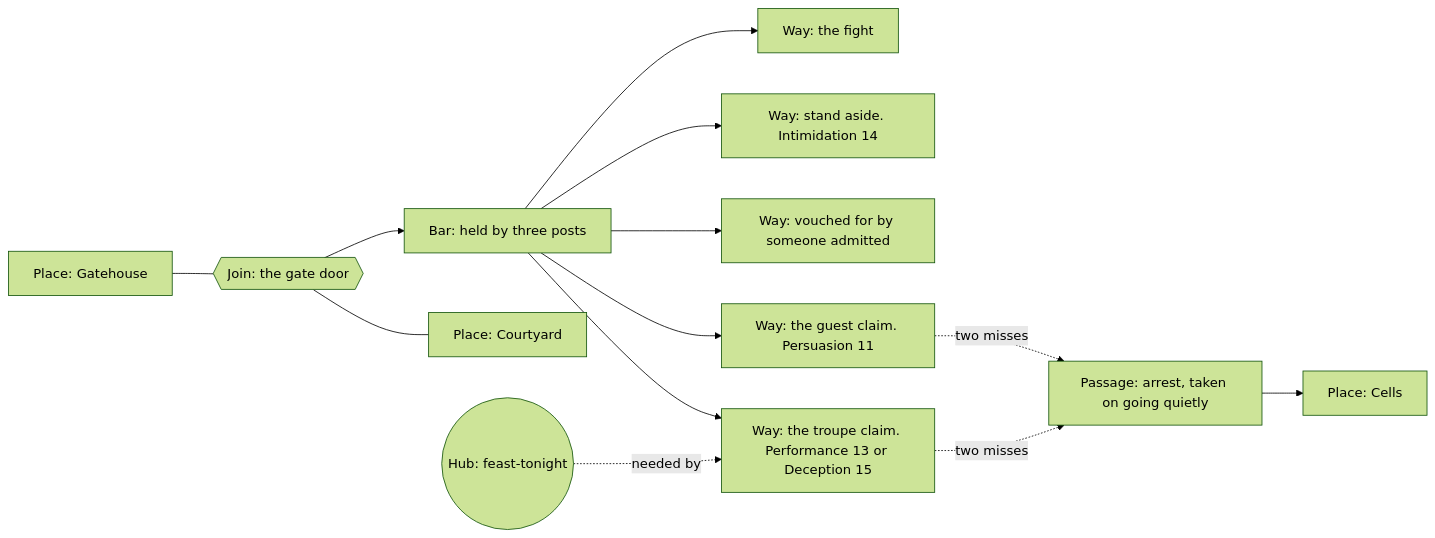
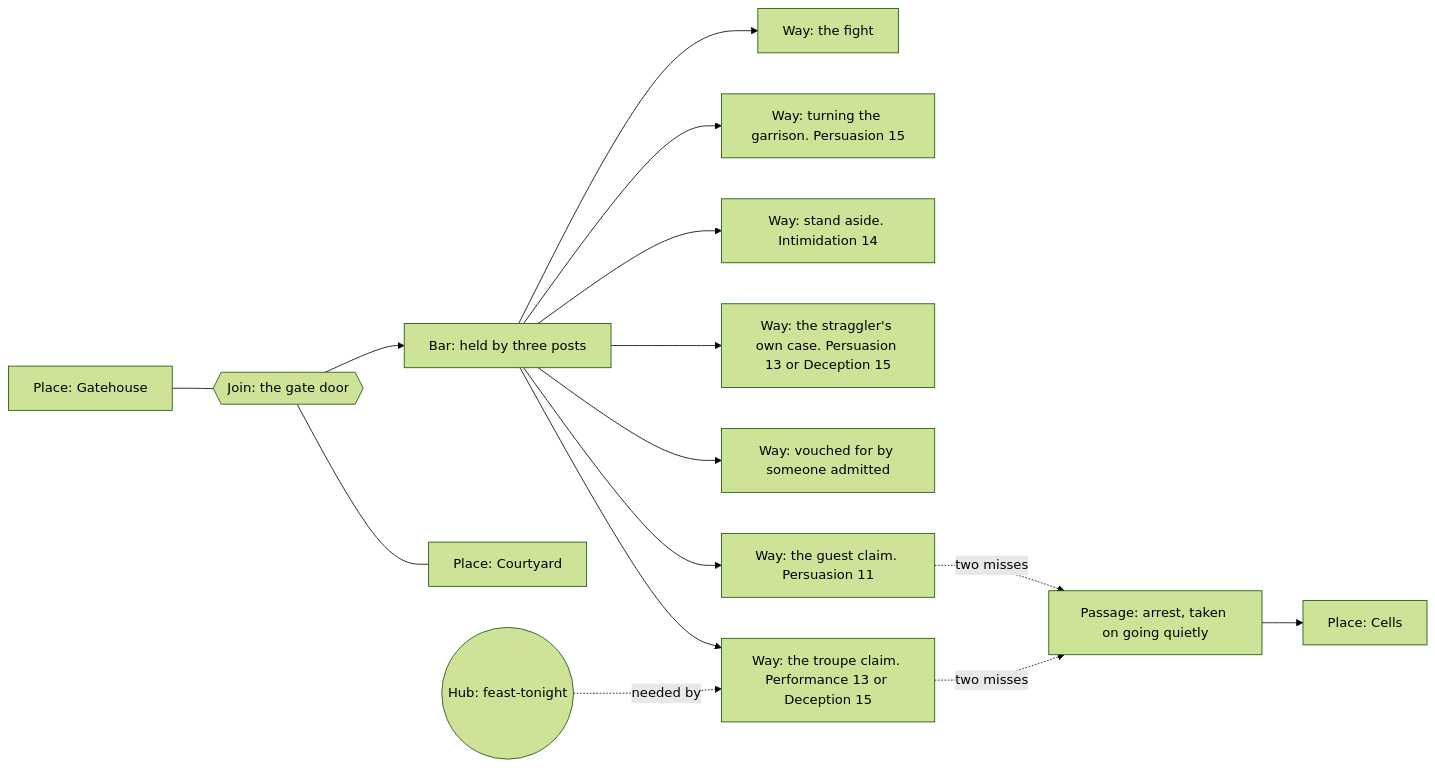
The fourth of 5 diagrams in ideas/encounter-studio/design.md (KirkDiggler/rpg-project), drawn with Mermaid (forest theme) before and after one commit. The commit also changed other lines of this file and 3 other files, not shown here.

````diff
--- a/ideas/encounter-studio/design.md
+++ b/ideas/encounter-studio/design.md
@@ -121,15 +121,17 @@
 ```mermaid
 flowchart LR
     G[Place: Gatehouse] --- J{{"Join: the gate door"}}
     J --- C[Place: Courtyard]
     J --> B["Bar: held by three posts"]
     B --> W1["Way: the troupe claim. Performance 13 or Deception 15"]
     B --> W2["Way: the guest claim. Persuasion 11"]
     B --> W3["Way: vouched for by someone admitted"]
+    B --> W6["Way: the straggler's own case. Persuasion 13 or Deception 15"]
     B --> W5["Way: stand aside. Intimidation 14"]
+    B --> W7["Way: turning the garrison. Persuasion 15"]
     B --> W4["Way: the fight"]
     F((Hub: feast-tonight)) -.->|needed by| W1
     W1 -.->|two misses| Ar["Passage: arrest, taken on going quietly"]
     W2 -.->|two misses| Ar
     Ar --> Ce[Place: Cells]
 ```
````
